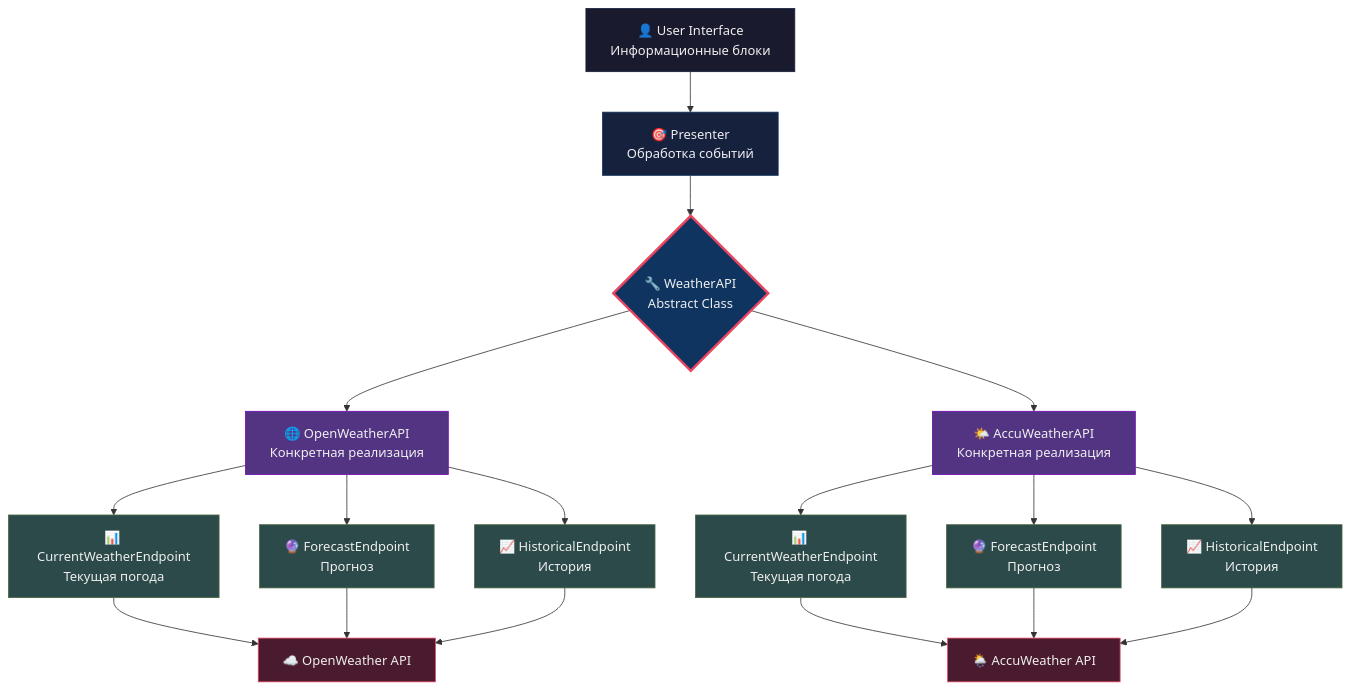
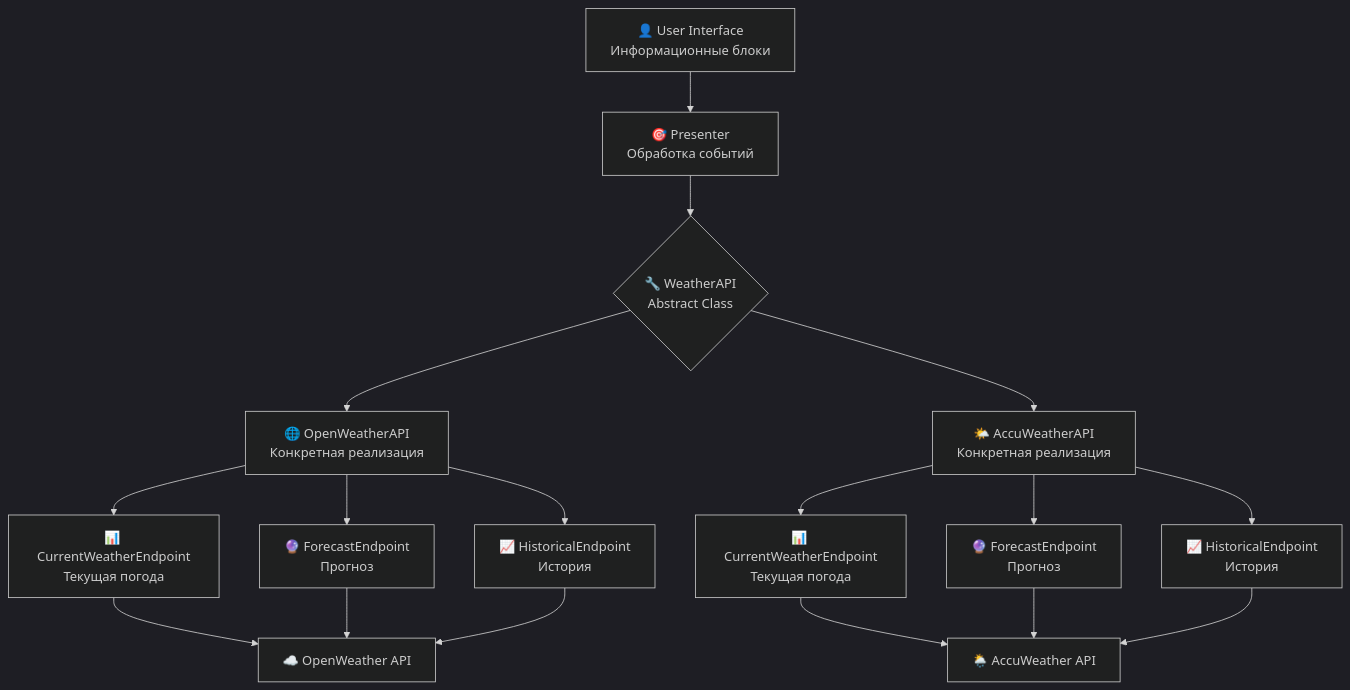
One commit to ZeroVolkan/OffWeather changed the diagram in README.md. Above: the diagram before and after it, drawn with Mermaid.

````diff
--- a/README.md
+++ b/README.md
@@ -36,37 +36,24 @@
-```mermaid%%{init: {'theme':'dark'}}%%
+```mermaid
+%%{init: {'theme':'dark'}}%%
 graph TD
-    A[👤 User Interface<br/>Информационные блоки] --> B[🎯 Presenter<br/>Обработка событий]
-    B --> C{🔧 WeatherAPI<br/>Abstract Class}
-    C --> D[🌐 OpenWeatherAPI<br/>Конкретная реализация]
-    C --> E[🌤️ AccuWeatherAPI<br/>Конкретная реализация]
+    A["👤 User Interface<br/>Информационные блоки"] --> B["🎯 Presenter<br/>Обработка событий"]
+    B --> C{"🔧 WeatherAPI<br/>Abstract Class"}
+    C --> D["🌐 OpenWeatherAPI<br/>Конкретная реализация"]
+    C --> E["🌤️ AccuWeatherAPI<br/>Конкретная реализация"]
 
-    D --> F[📊 CurrentWeatherEndpoint<br/>Текущая погода]
-    D --> G[🔮 ForecastEndpoint<br/>Прогноз]
-    D --> H[📈 HistoricalEndpoint<br/>История]
+    D --> F["📊 CurrentWeatherEndpoint<br/>Текущая погода"]
+    D --> G["🔮 ForecastEndpoint<br/>Прогноз"]
+    D --> H["📈 HistoricalEndpoint<br/>История"]
 
-    E --> I[📊 CurrentWeatherEndpoint<br/>Текущая погода]
-    E --> J[🔮 ForecastEndpoint<br/>Прогноз]
-    E --> K[📈 HistoricalEndpoint<br/>История]
+    E --> I["📊 CurrentWeatherEndpoint<br/>Текущая погода"]
+    E --> J["🔮 ForecastEndpoint<br/>Прогноз"]
+    E --> K["📈 HistoricalEndpoint<br/>История"]
 
-    F --> L[☁️ OpenWeather API]
+    F --> L["☁️ OpenWeather API"]
     G --> L
     H --> L
 
-    I --> M[🌦️ AccuWeather API]
+    I --> M["🌦️ AccuWeather API"]
     J --> M
     K --> M
-
-    style A fill:#1a1a2e,stroke:#16213e,color:#eee
-    style B fill:#16213e,stroke:#0f3460,color:#eee
-    style C fill:#0f3460,stroke:#e94560,stroke-width:3px,color:#eee
-    style D fill:#533483,stroke:#7209b7,color:#eee
-    style E fill:#533483,stroke:#7209b7,color:#eee
-    style F fill:#2d4a4a,stroke:#4a6741,color:#eee
-    style G fill:#2d4a4a,stroke:#4a6741,color:#eee
-    style H fill:#2d4a4a,stroke:#4a6741,color:#eee
-    style I fill:#2d4a4a,stroke:#4a6741,color:#eee
-    style J fill:#2d4a4a,stroke:#4a6741,color:#eee
-    style K fill:#2d4a4a,stroke:#4a6741,color:#eee
-    style L fill:#4a1a2e,stroke:#e94560,color:#eee
-    style M fill:#4a1a2e,stroke:#e94560,color:#eee
 ```
````
